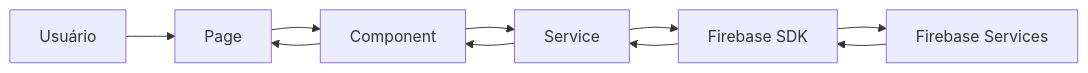
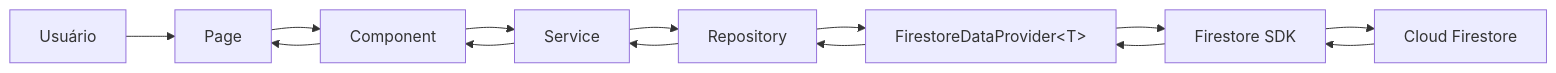
The fourth of 7 diagrams in docs/Architecture-v1.0.md (johnisonLima/firebase-starter), drawn with Mermaid before and after one commit. The commit also changed other lines of this file, not shown here.

Commit message:
feat: atualizar a documentação da arquitetura para refletir mudanças na estrutura do Firebase e na comunicação entre camadas

````diff
--- a/docs/Architecture-v1.0.md
+++ b/docs/Architecture-v1.0.md
@@ -430,21 +425,27 @@
 ```mermaid
 flowchart LR
 
     User["Usuário"]
     Page["Page"]
     Component["Component"]
     Service["Service"]
-    SDK["Firebase SDK"]
-    Firebase["Firebase Services"]
+    Repository["Repository"]
+    Provider["FirestoreDataProvider&lt;T&gt;"]
+    SDK["Firestore SDK"]
+    Firestore["Cloud Firestore"]
 
     User --> Page
     Page --> Component
     Component --> Service
-    Service --> SDK
-    SDK --> Firebase
+    Service --> Repository
+    Repository --> Provider
+    Provider --> SDK
+    SDK --> Firestore
 
-    Firebase --> SDK
-    SDK --> Service
+    Firestore --> SDK
+    SDK --> Provider
+    Provider --> Repository
+    Repository --> Service
     Service --> Component
     Component --> Page
 ```
````
